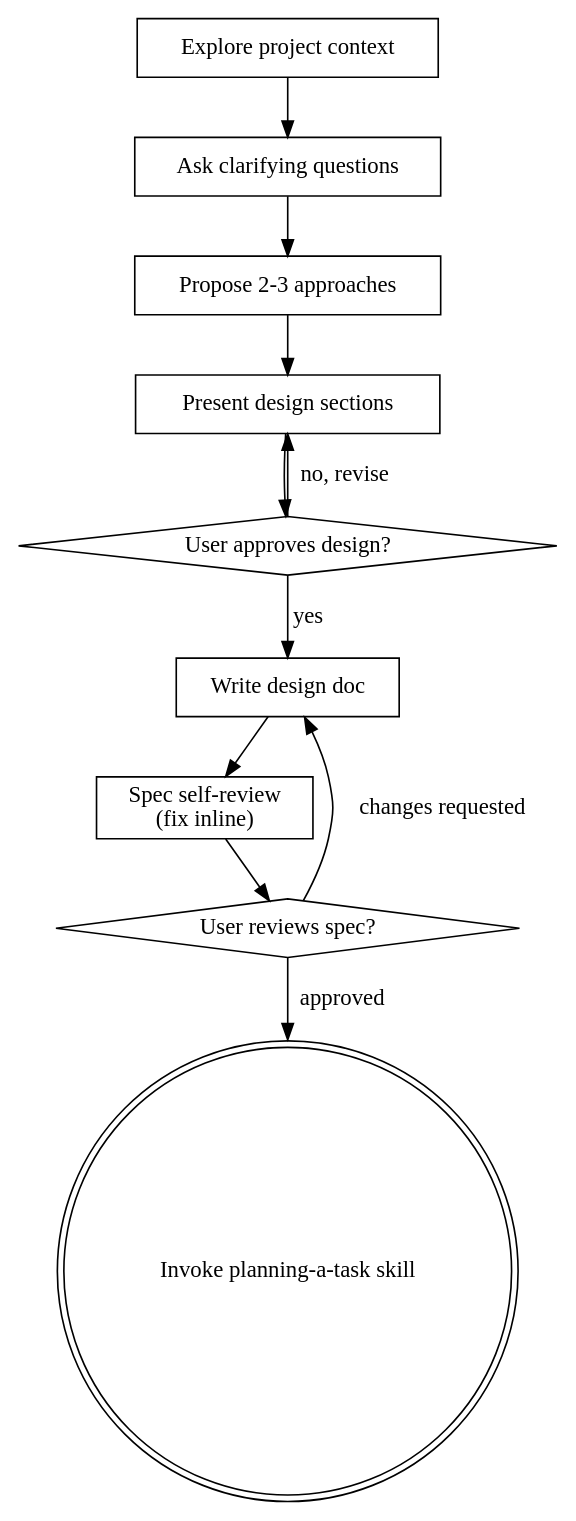
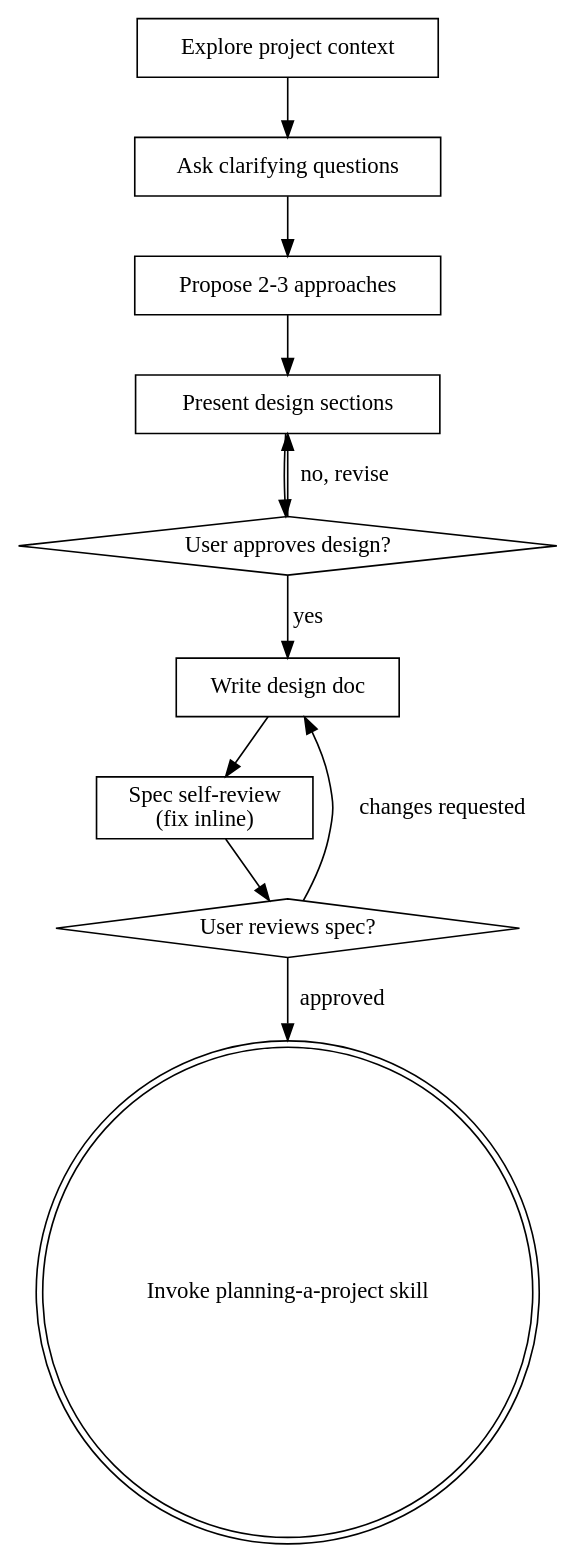
One commit to vivshaw/loam changed the diagram in plugins/vivflow/skills/brainstorming/SKILL.md. Above: the diagram before and after it, drawn with Graphviz. The commit also changed other lines of this file and 4 other files, not shown here.

Commit message:
chore(vivflow:planning-a-project): port over superpowers planning

````diff
--- a/plugins/vivflow/skills/brainstorming/SKILL.md
+++ b/plugins/vivflow/skills/brainstorming/SKILL.md
@@ -35,24 +35,24 @@
 ```dot
 digraph brainstorming {
     "Explore project context" [shape=box];
     "Ask clarifying questions" [shape=box];
     "Propose 2-3 approaches" [shape=box];
     "Present design sections" [shape=box];
     "User approves design?" [shape=diamond];
     "Write design doc" [shape=box];
     "Spec self-review\n(fix inline)" [shape=box];
     "User reviews spec?" [shape=diamond];
-    "Invoke planning-a-task skill" [shape=doublecircle];
+    "Invoke planning-a-project skill" [shape=doublecircle];
 
     "Explore project context" -> "Ask clarifying questions";
     "Ask clarifying questions" -> "Propose 2-3 approaches";
     "Propose 2-3 approaches" -> "Present design sections";
     "Present design sections" -> "User approves design?";
     "User approves design?" -> "Present design sections" [label="no, revise"];
     "User approves design?" -> "Write design doc" [label="yes"];
     "Write design doc" -> "Spec self-review\n(fix inline)";
     "Spec self-review\n(fix inline)" -> "User reviews spec?";
     "User reviews spec?" -> "Write design doc" [label="changes requested"];
-    "User reviews spec?" -> "Invoke planning-a-task skill" [label="approved"];
+    "User reviews spec?" -> "Invoke planning-a-project skill" [label="approved"];
 }
 ```
````
